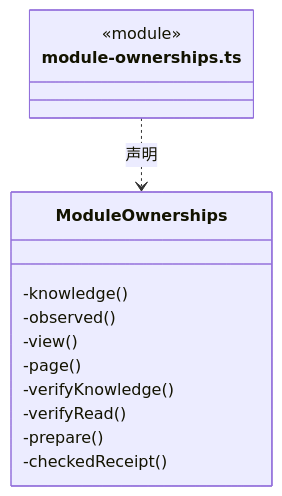
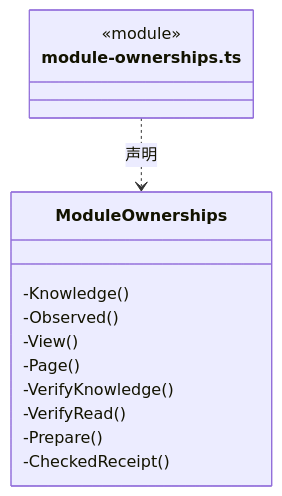
One commit to nan023062/cbim changed the fifth of 12 diagrams in src/logic/workspace/service/ARCHITECTURE.md. Above: the diagram before and after it, drawn with Mermaid. The commit also changed other lines of this file and 1035 other files, not shown here.

````diff
--- a/src/logic/workspace/service/ARCHITECTURE.md
+++ b/src/logic/workspace/service/ARCHITECTURE.md
@@ -121,17 +121,17 @@
 ```mermaid
 classDiagram
 class N_src_logic_workspace_service_module_ownerships_ts["module-ownerships.ts"] {
   <<module>>
 }
 class N_src_logic_workspace_service_module_ownerships_ts_ModuleOwnerships["ModuleOwnerships"] {
-  -knowledge()
-  -observed()
-  -view()
-  -page()
-  -verifyKnowledge()
-  -verifyRead()
-  -prepare()
-  -checkedReceipt()
+  -Knowledge()
+  -Observed()
+  -View()
+  -Page()
+  -VerifyKnowledge()
+  -VerifyRead()
+  -Prepare()
+  -CheckedReceipt()
 }
 N_src_logic_workspace_service_module_ownerships_ts ..> N_src_logic_workspace_service_module_ownerships_ts_ModuleOwnerships : 声明
 ```
````
